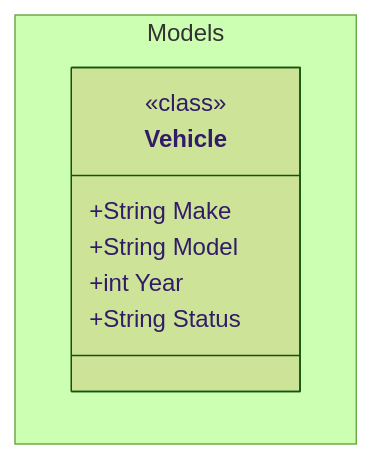
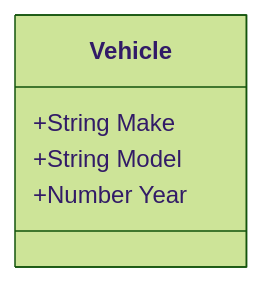
The diagram in README.md (ReneLombard/mermaid-codegen), drawn with Mermaid (forest theme) before and after one commit. The commit also changed other lines of this file and 9 other files, not shown here.

````diff
--- a/README.md
+++ b/README.md
@@ -61,12 +69,8 @@
 ```mermaid
 classDiagram
-namespace Models {
-    class Vehicle {
-        <<class>>
-        +String Make
-        +String Model
-        +int Year
-        +String Status
-    }
+class Vehicle {
+    +String Make
+    +String Model
+    +Number Year
 }
 ```
````
